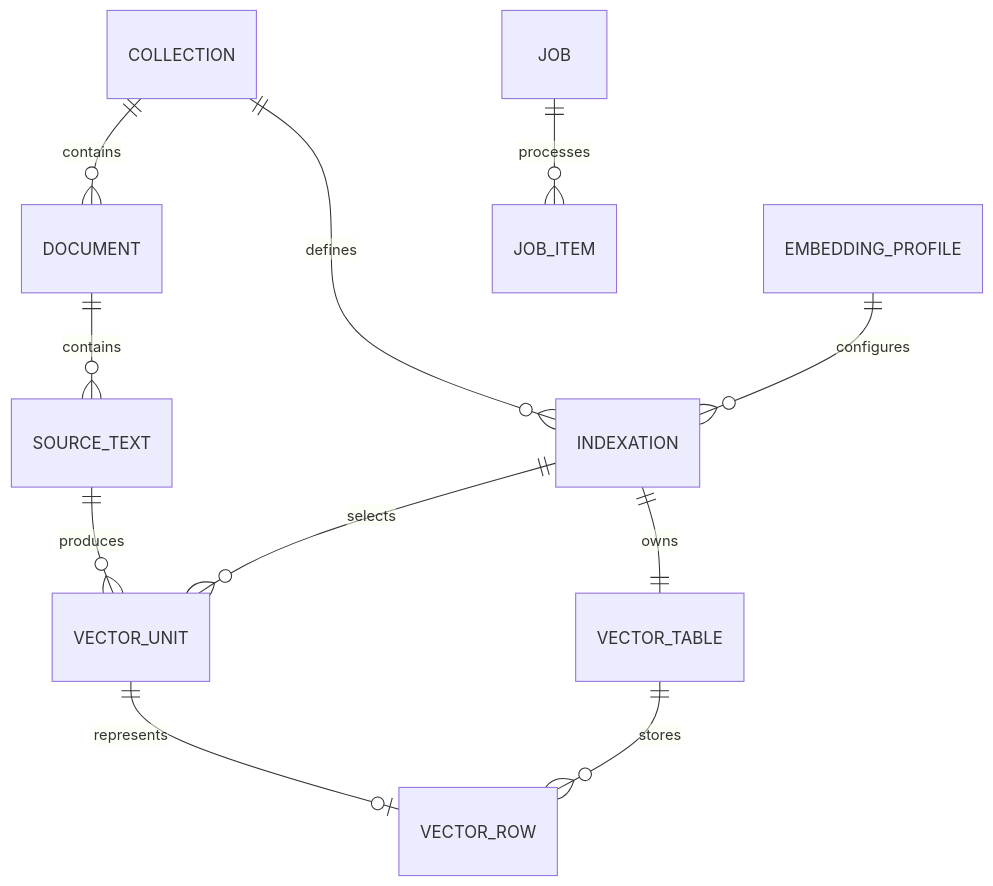
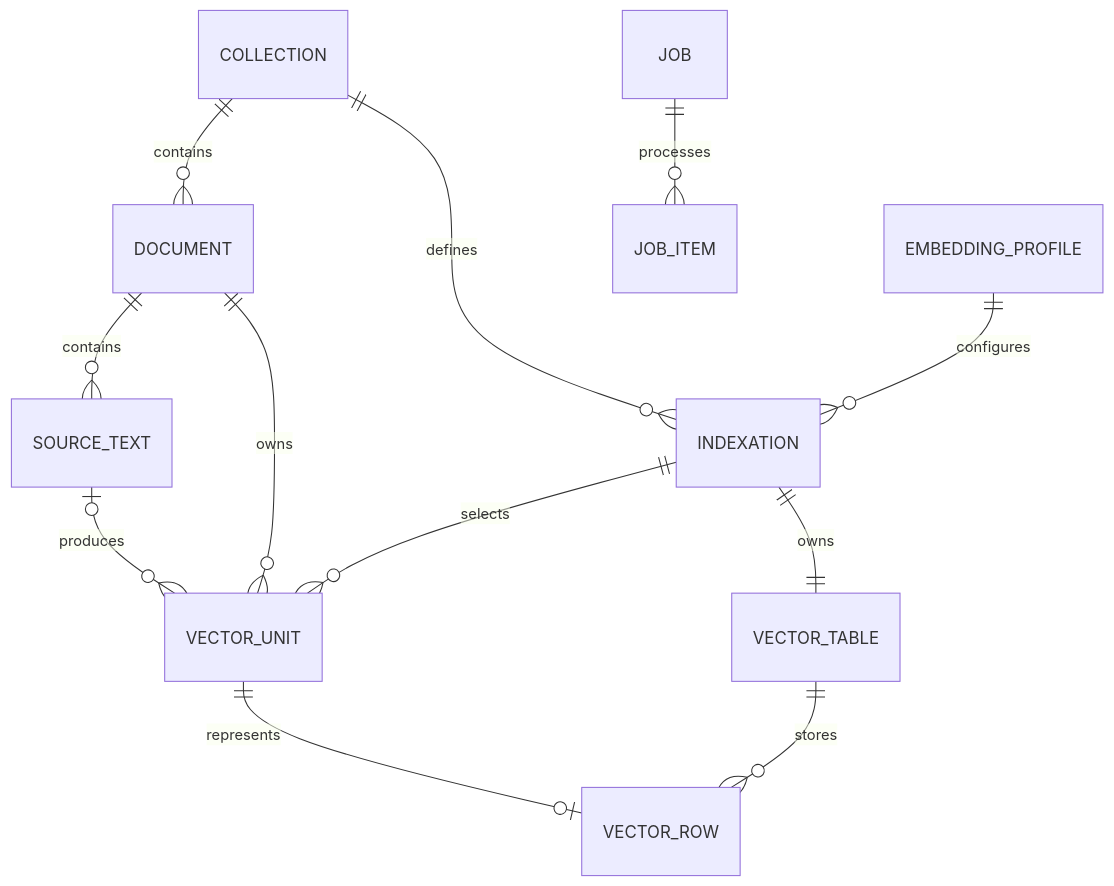
One commit to LA-Referencia-IOI/lareferencia-embedding-service changed the diagram in docs/document-vector-platform-specification.en.md. Above: the diagram before and after it, drawn with Mermaid. The commit also changed other lines of this file and 46 other files, not shown here.

````diff
--- a/docs/document-vector-platform-specification.en.md
+++ b/docs/document-vector-platform-specification.en.md
@@ -46,13 +46,14 @@
 ```mermaid
 erDiagram
     COLLECTION ||--o{ DOCUMENT : contains
     DOCUMENT ||--o{ SOURCE_TEXT : contains
     COLLECTION ||--o{ INDEXATION : defines
     EMBEDDING_PROFILE ||--o{ INDEXATION : configures
-    SOURCE_TEXT ||--o{ VECTOR_UNIT : produces
+    SOURCE_TEXT o|--o{ VECTOR_UNIT : produces
+    DOCUMENT ||--o{ VECTOR_UNIT : owns
     INDEXATION ||--o{ VECTOR_UNIT : selects
     INDEXATION ||--|| VECTOR_TABLE : owns
     VECTOR_UNIT ||--o| VECTOR_ROW : represents
     VECTOR_TABLE ||--o{ VECTOR_ROW : stores
     JOB ||--o{ JOB_ITEM : processes
 ```
````
